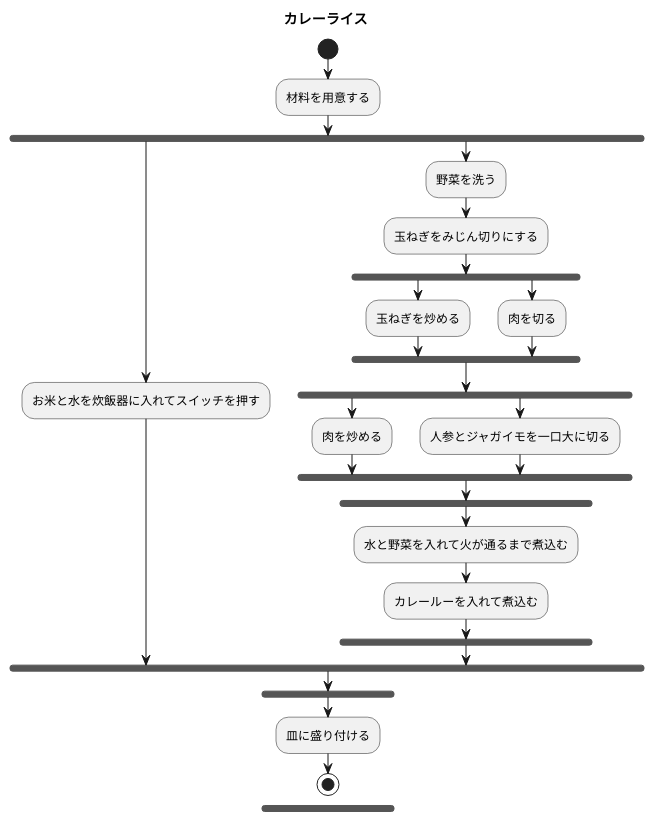
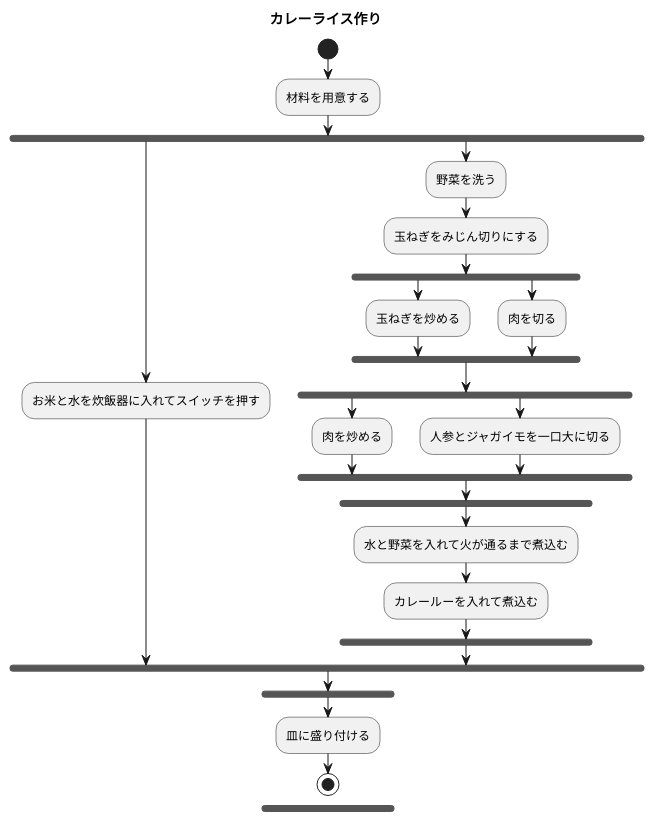
One commit to Sreia1129/uml-introduction changed the diagram in 7章/7章練習_ACカレーライス.pu. Above: the diagram before and after it, drawn with PlantUML.

Commit message:
直し

```diff
--- a/7章/7章練習_ACカレーライス.pu
+++ b/7章/7章練習_ACカレーライス.pu
@@ -1,28 +1,28 @@
 @startuml カレーライス作り
-title カレーライス
+title カレーライス作り
 start
 :材料を用意する;
 fork 
 :お米と水を炊飯器に入れてスイッチを押す;
 fork again
 :野菜を洗う;
 :玉ねぎをみじん切りにする;
 fork
 :玉ねぎを炒める;
 fork again
 :肉を切る;
 end fork
 fork
 :肉を炒める;
 fork again
 :人参とジャガイモを一口大に切る;
 end fork
 fork
 :水と野菜を入れて火が通るまで煮込む;
 :カレールーを入れて煮込む;
 end fork
 end fork
 fork 
 :皿に盛り付ける;
 stop
 @enduml
```
